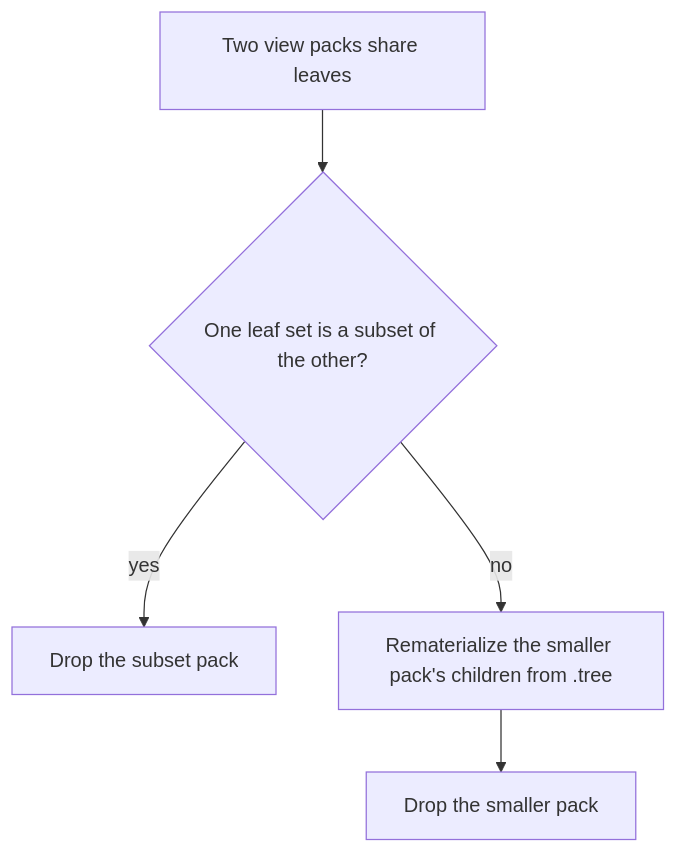
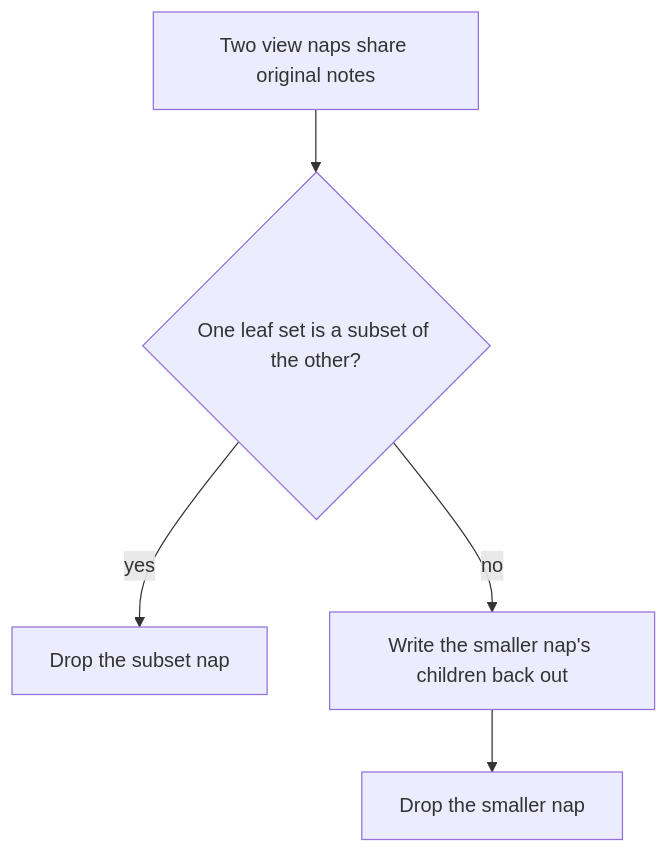
Before and after one commit to Texarkanine/SumMem: the seventh of 14 diagrams in docs/architecture/index.md, drawn with Mermaid. The commit also changed other lines of this file, not shown here.

````diff
--- a/docs/architecture/index.md
+++ b/docs/architecture/index.md
@@ -126,7 +176,7 @@
 ```mermaid
 flowchart TD
-    Share["Two view packs share leaves"] --> Sub{"One leaf set is a subset of the other?"}
-    Sub -->|yes| Drop["Drop the subset pack"]
-    Sub -->|no| Kids["Rematerialize the smaller pack's children from .tree"]
-    Kids --> Unlink["Drop the smaller pack"]
+    Share["Two view naps share original notes"] --> Sub{"One leaf set is a subset of the other?"}
+    Sub -->|yes| Drop["Drop the subset nap"]
+    Sub -->|no| Kids["Write the smaller nap's children back out"]
+    Kids --> Unlink["Drop the smaller nap"]
 ```
````
